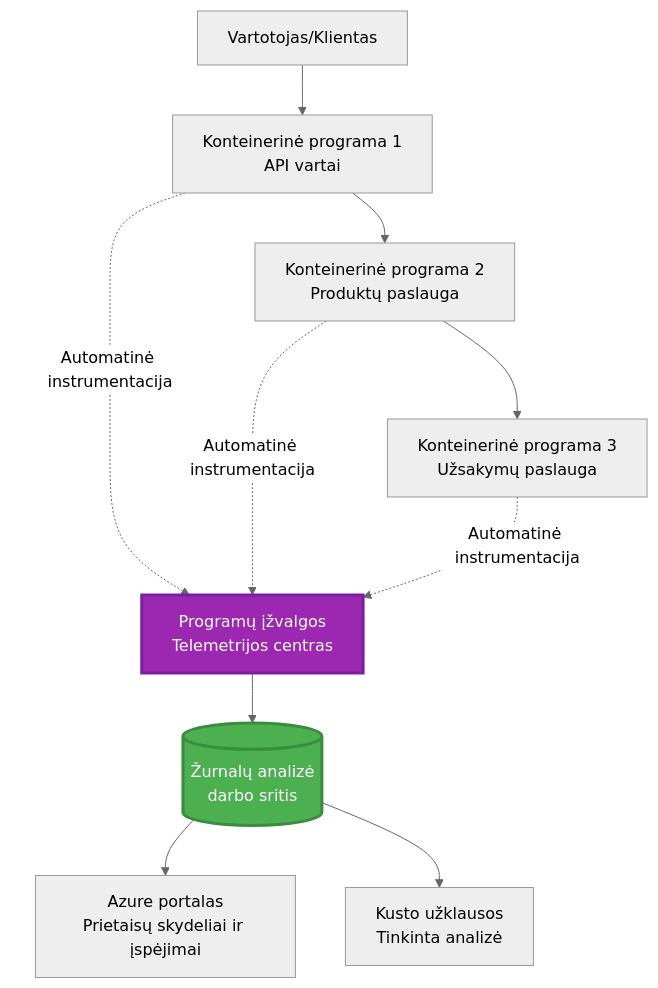
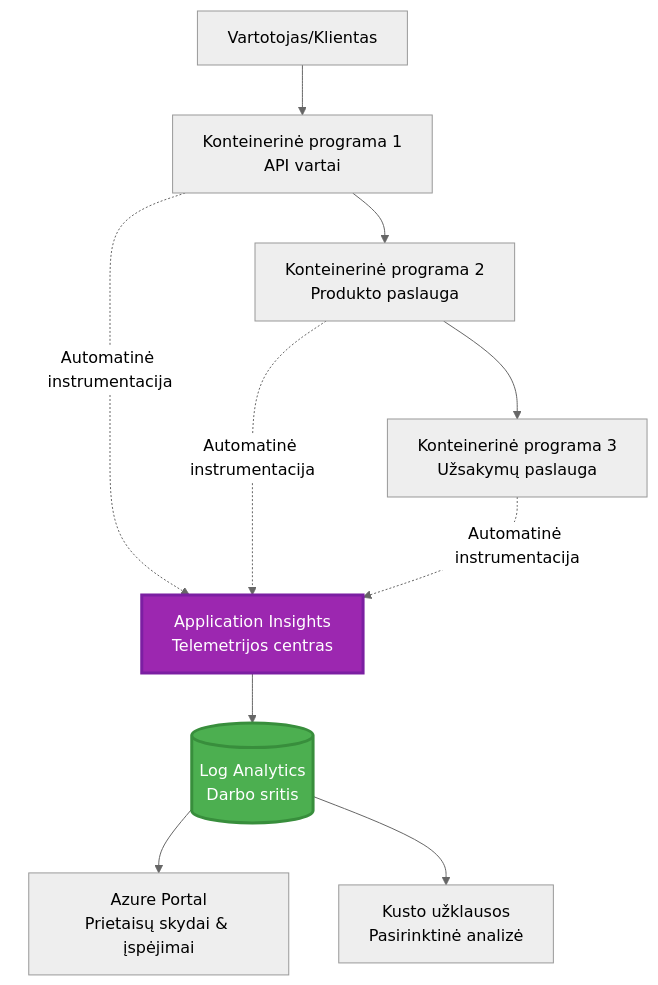
Before and after one commit to microsoft/AZD-for-beginners: the first of 2 diagrams in translations/lt/docs/chapter-06-pre-deployment/application-insights.md, drawn with Mermaid (neutral theme). The commit also changed other lines of this file and 101 other files, not shown here.

````diff
--- a/translations/lt/docs/chapter-06-pre-deployment/application-insights.md
+++ b/translations/lt/docs/chapter-06-pre-deployment/application-insights.md
@@ -58,28 +58,28 @@
 ```mermaid
 graph TB
     User[Vartotojas/Klientas]
     App1[Konteinerinė programa 1<br/>API vartai]
-    App2[Konteinerinė programa 2<br/>Produktų paslauga]
+    App2[Konteinerinė programa 2<br/>Produkto paslauga]
     App3[Konteinerinė programa 3<br/>Užsakymų paslauga]
     
-    AppInsights[Programų įžvalgos<br/>Telemetrijos centras]
-    LogAnalytics[(Žurnalų analizė<br/>darbo sritis)]
+    AppInsights[Application Insights<br/>Telemetrijos centras]
+    LogAnalytics[(Log Analytics<br/>Darbo sritis)]
     
-    Portal[Azure portalas<br/>Prietaisų skydeliai ir įspėjimai]
-    Query[Kusto užklausos<br/>Tinkinta analizė]
+    Portal[Azure Portal<br/>Prietaisų skydai & įspėjimai]
+    Query[Kusto užklausos<br/>Pasirinktinė analizė]
     
     User --> App1
     App1 --> App2
     App2 --> App3
     
     App1 -.->|Automatinė instrumentacija| AppInsights
     App2 -.->|Automatinė instrumentacija| AppInsights
     App3 -.->|Automatinė instrumentacija| AppInsights
     
     AppInsights --> LogAnalytics
     LogAnalytics --> Portal
     LogAnalytics --> Query
     
     style AppInsights fill:#9C27B0,stroke:#7B1FA2,stroke-width:3px,color:#fff
     style LogAnalytics fill:#4CAF50,stroke:#388E3C,stroke-width:3px,color:#fff
 ```
````
